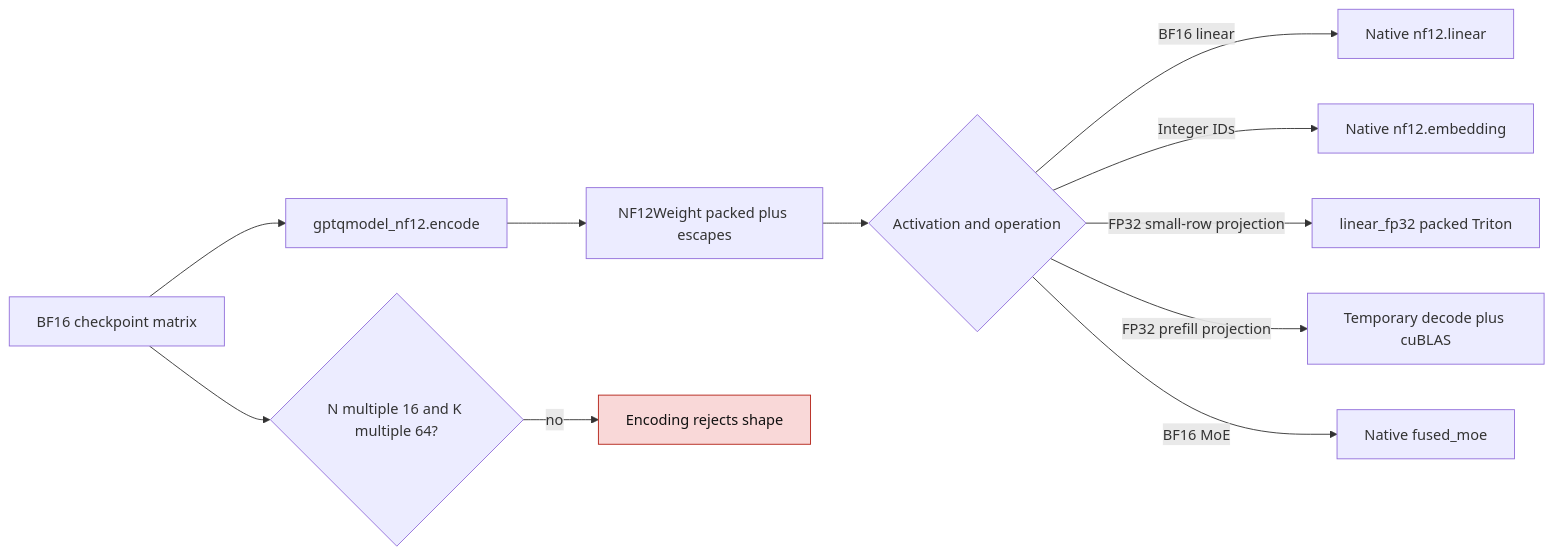
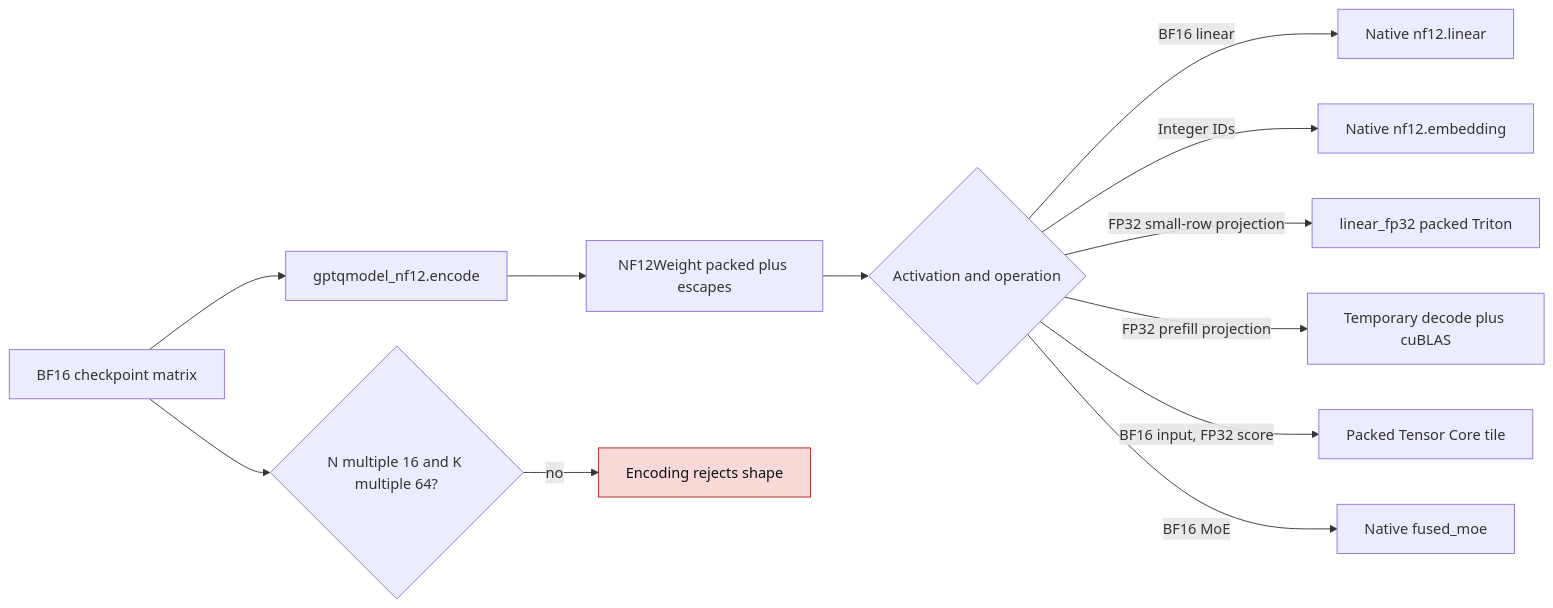
The second of 2 diagrams in docs/nf12-installed-extension.md (ModelCloud/GPTQModel), drawn with Mermaid before and after one commit. The commit also changed other lines of this file and 7 other files, not shown here.

````diff
--- a/docs/nf12-installed-extension.md
+++ b/docs/nf12-installed-extension.md
@@ -36,15 +38,16 @@
 ```mermaid
 flowchart LR
     A["BF16 checkpoint matrix"] --> B["gptqmodel_nf12.encode"]
     B --> C["NF12Weight packed plus escapes"]
     C --> D{"Activation and operation"}
     D -- "BF16 linear" --> E["Native nf12.linear"]
     D -- "Integer IDs" --> F["Native nf12.embedding"]
     D -- "FP32 small-row projection" --> G["linear_fp32 packed Triton"]
     D -- "FP32 prefill projection" --> L["Temporary decode plus cuBLAS"]
+    D -- "BF16 input, FP32 score" --> M["Packed Tensor Core tile"]
     D -- "BF16 MoE" --> H["Native fused_moe"]
     A --> I{"N multiple 16 and K multiple 64?"}
     I -- no --> J["Encoding rejects shape"]
     classDef failure fill:#f9d8d8,stroke:#b42318,color:#111;
     class J failure;
 ```
````
